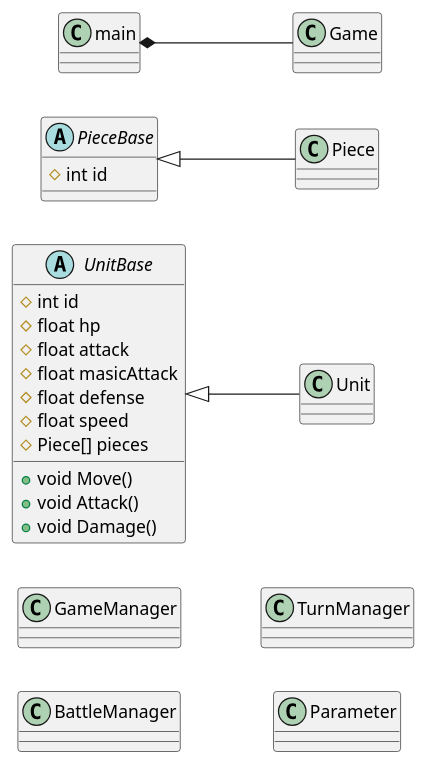
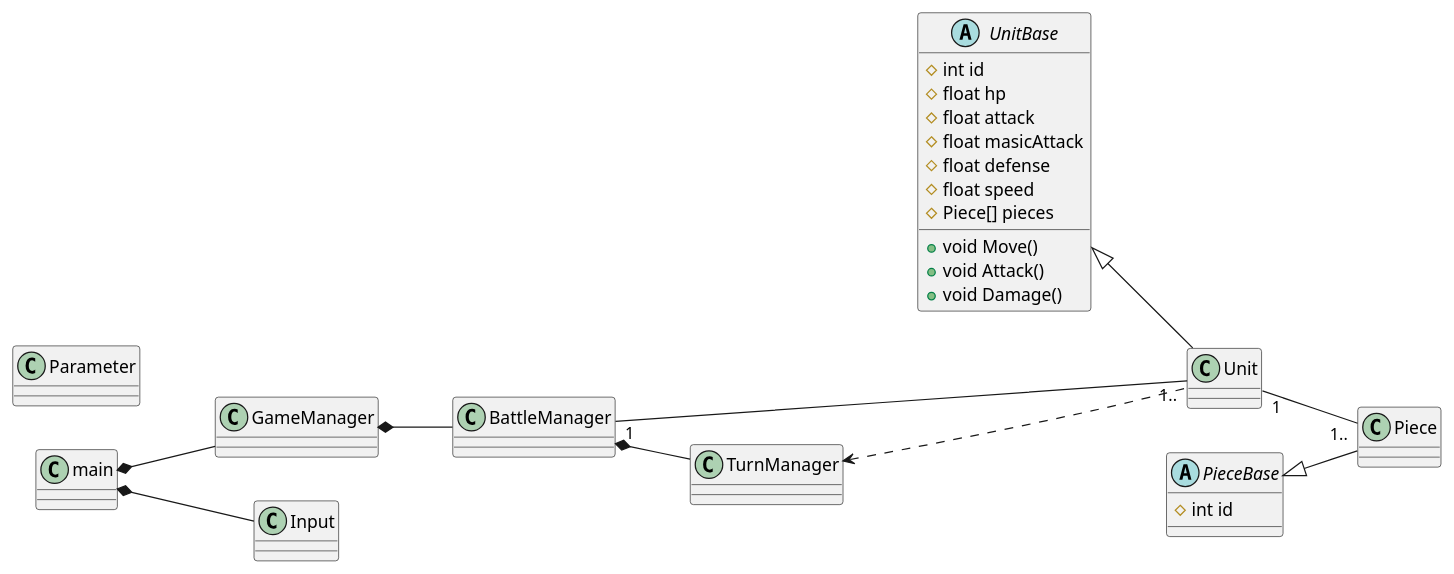
One commit to Kawate02/RoadKnight changed the diagram in Assets/UML/class.pu. Above: the diagram before and after it, drawn with PlantUML. The commit also changed 3 other files, not shown here.

```diff
--- a/Assets/UML/class.pu
+++ b/Assets/UML/class.pu
@@ -1,45 +1,58 @@
 @startuml ecommerce_class_diagram
 left to right direction
 abstract class UnitBase {
   #int id
   #float hp
   #float attack
   #float masicAttack
   #float defense
   #float speed
   #Piece[] pieces 
   +void Move()
   +void Attack()
   +void Damage()
 }
 
 class Unit {
 }
 
 abstract class PieceBase {
   #int id
 }
 
 class Piece {
 }
 
 class main {
 }
 
 class GameManager {
 }
 
 class BattleManager {
 }
 
 class TurnManager {
 }
 
 class Parameter {
 }
 
+class Input {
+}
+
 UnitBase <|-- Unit
 PieceBase <|-- Piece
 
-main *-- Game
+
+Unit "1"--"1.." Piece
+
+main *-- GameManager
+main *-- Input
+GameManager *-- BattleManager
+BattleManager *-- TurnManager
+
+BattleManager "1"--"1.." Unit
+TurnManager <... Unit
+
 @enduml
```
